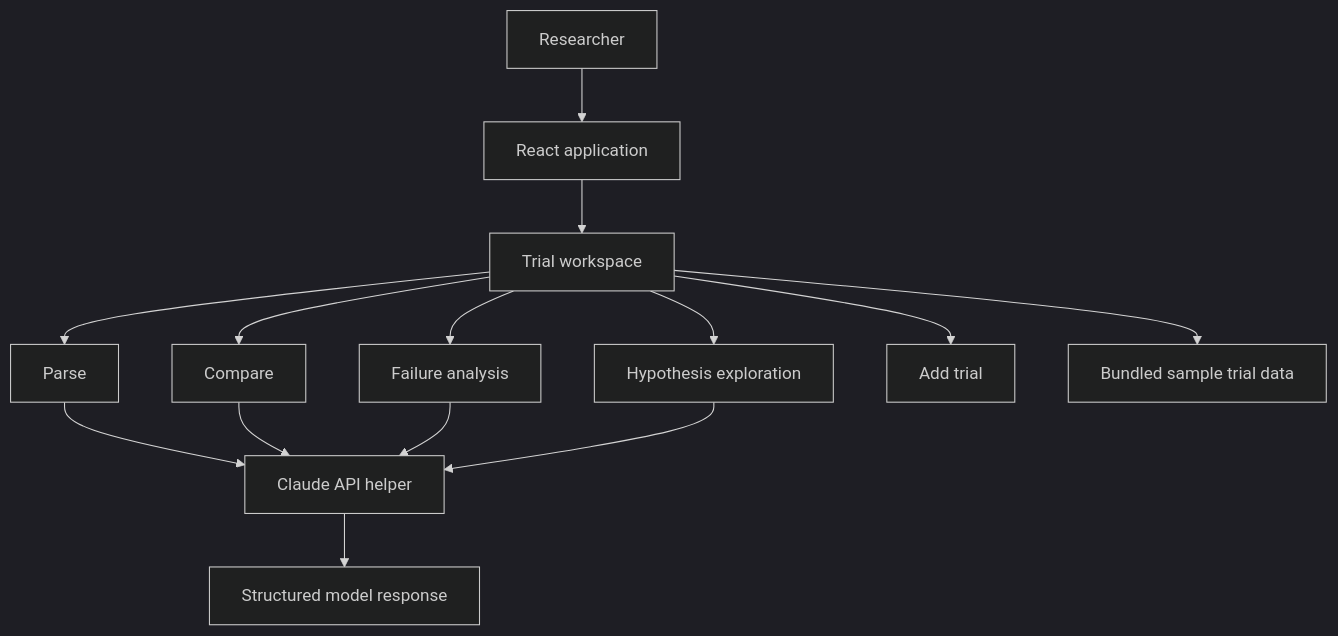
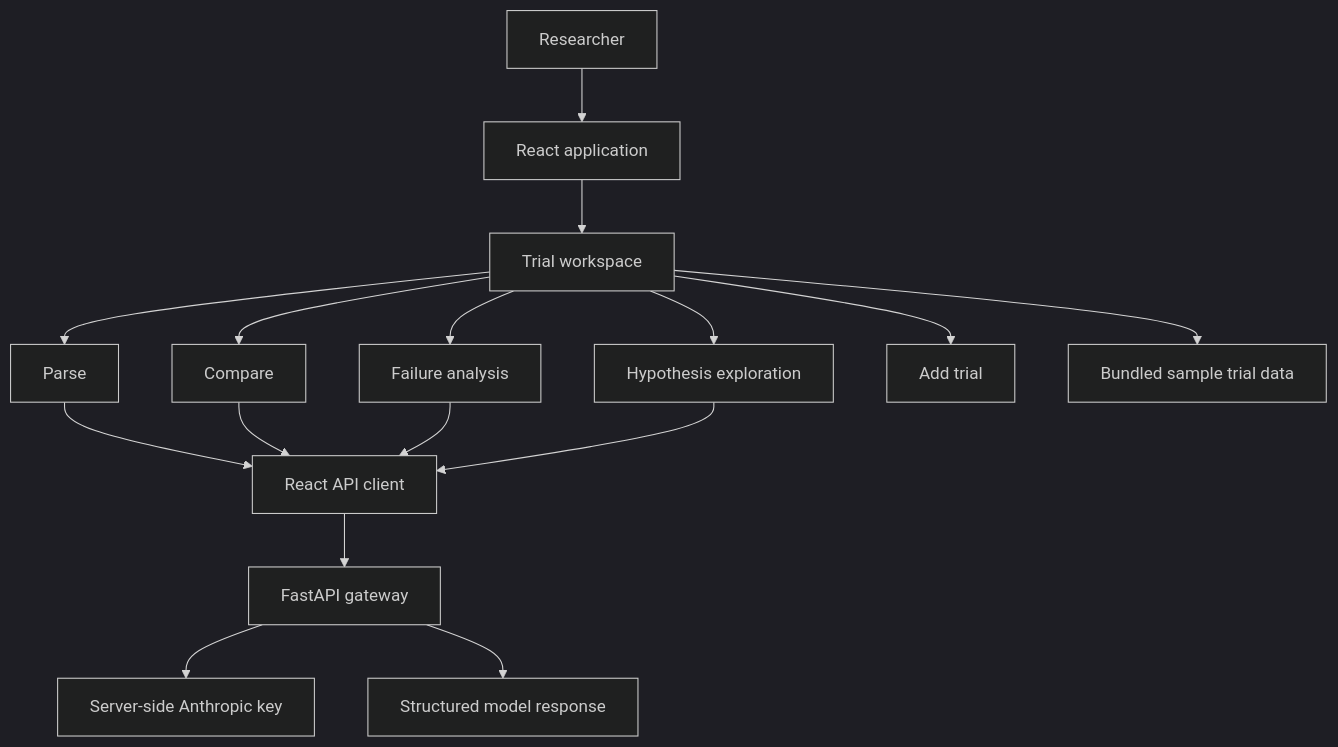
The diagram in README.md (CHARITHA6969/neurotrial), drawn with Mermaid (dark theme) before and after one commit. The commit also changed other lines of this file, not shown here.

Commit message:
Update Neurotrial architecture diagram and backend test command

````diff
--- a/README.md
+++ b/README.md
@@ -30,16 +30,18 @@
 ```mermaid
 flowchart TD
     A[Researcher] --> B[React application]
     B --> C[Trial workspace]
     C --> D[Parse]
     C --> E[Compare]
     C --> F[Failure analysis]
     C --> G[Hypothesis exploration]
     C --> H[Add trial]
     C --> I[Bundled sample trial data]
-    D --> J[Claude API helper]
+    D --> J[React API client]
     E --> J
     F --> J
     G --> J
-    J --> K[Structured model response]
+    J --> L[FastAPI gateway]
+    L --> M[Server-side Anthropic key]
+    L --> K[Structured model response]
 ```
````
